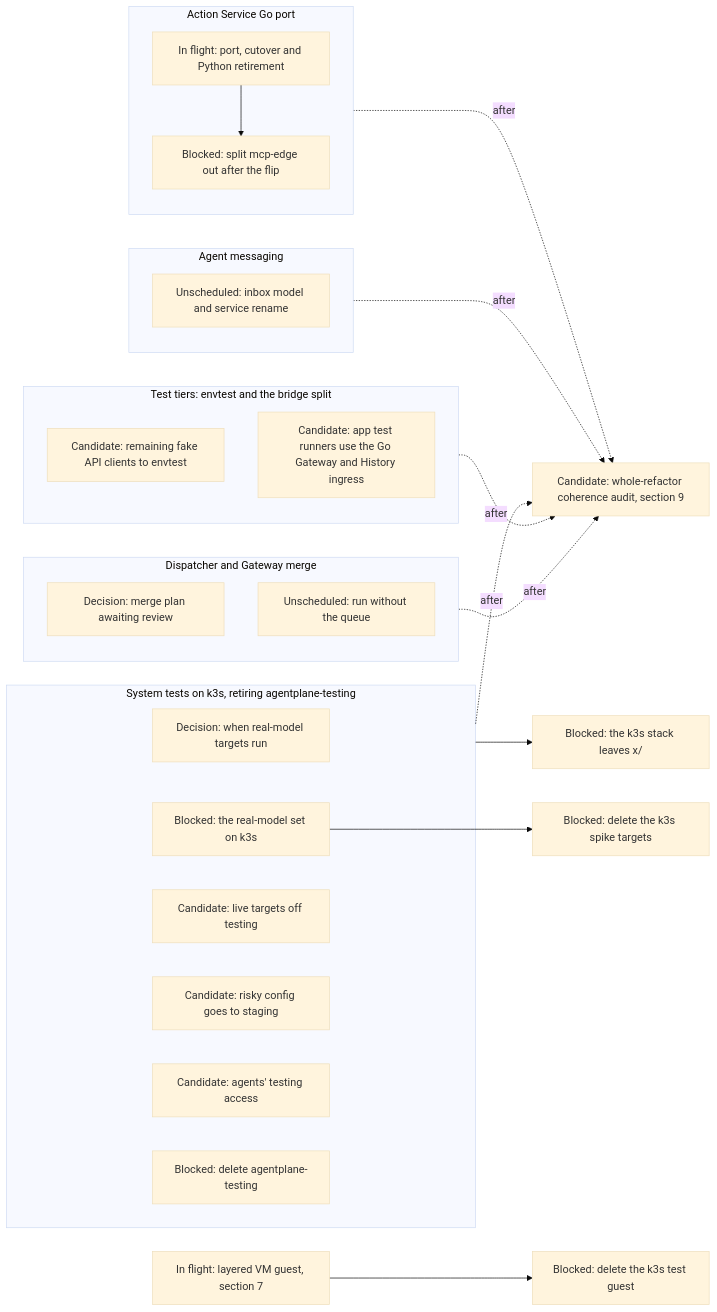
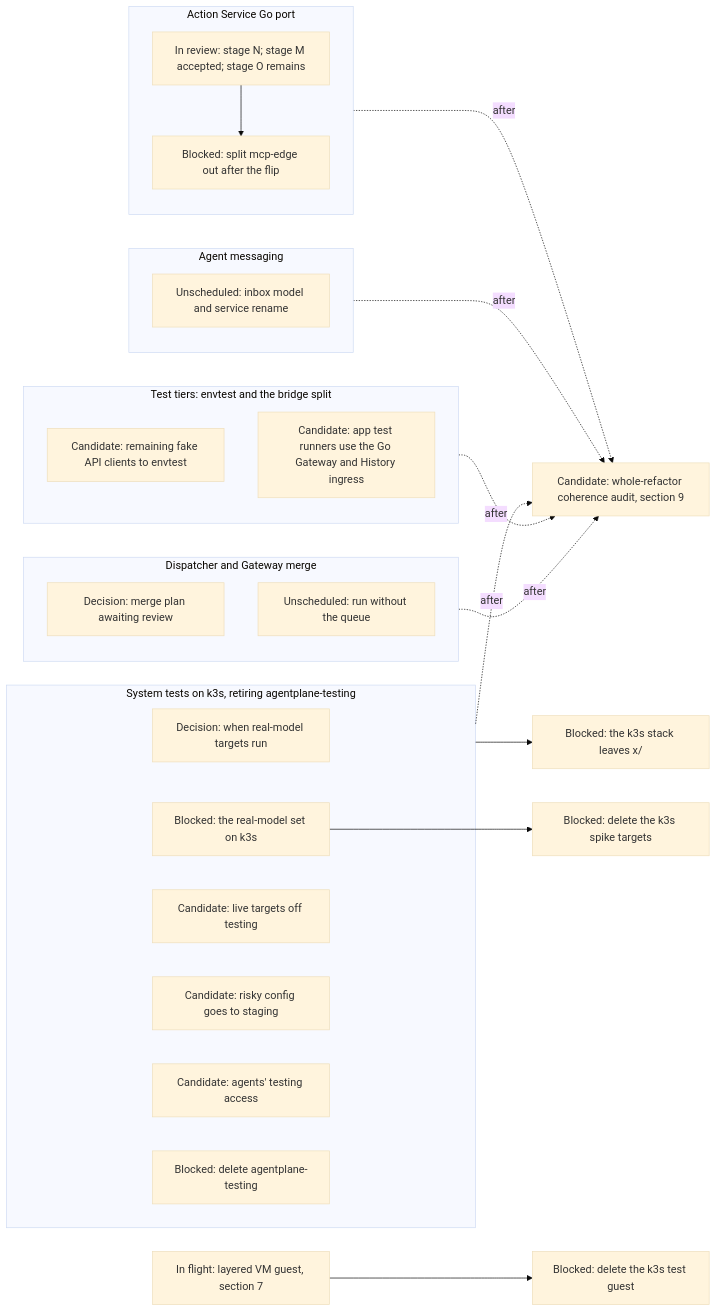
The first of 19 diagrams in agentplane/plans/task_dag.md (agentydragon-agent/ducktape), drawn with Mermaid (base theme) before and after one commit. The commit also changed other lines of this file and 7 other files, not shown here.

````diff
--- a/agentplane/plans/task_dag.md
+++ b/agentplane/plans/task_dag.md
@@ -29,35 +29,35 @@
 ```mermaid
 flowchart LR
     subgraph ACTION_TRACK[Action Service Go port]
-        ACTION_SERVICE_GO_PORT[In flight: port, cutover and Python retirement]
+        ACTION_SERVICE_GO_PORT[In review: stage N; stage M accepted; stage O remains]
         ACTION_MCP_EDGE_SPLIT[Blocked: split mcp-edge out after the flip]
     end
     subgraph MESSAGING_TRACK[Agent messaging]
         NOTIFICATION_SERVICE_SPLIT[Unscheduled: inbox model and service rename]
     end
     subgraph K3S_TRACK[System tests on k3s, retiring agentplane-testing]
         K3S_MODEL_CREDENTIALS[Decision: when real-model targets run]
         K3S_MODEL_SCENARIOS[Blocked: the real-model set on k3s]
         LIVE_TARGETS_OFF_TESTING[Candidate: live targets off testing]
         STAGING_FIRST_ROLLOUT[Candidate: risky config goes to staging]
         AGENT_TESTING_ACCESS_RETIRE[Candidate: agents' testing access]
         TESTING_ENVIRONMENT_RETIRE[Blocked: delete agentplane-testing]
     end
     subgraph TIER_TRACK[Test tiers: envtest and the bridge split]
         FAKE_CLIENTS_TO_ENVTEST[Candidate: remaining fake API clients to envtest]
         APP_TEST_RUNNER_FIXTURES_GO[Candidate: app test runners use the Go Gateway and History ingress]
     end
     subgraph DISPATCH_TRACK[Dispatcher and Gateway merge]
         DISPATCHER_PERSISTENCE_MODEL_DESIGN[Decision: merge plan awaiting review]
         DISPATCHER_QUEUE_OPTIONAL[Unscheduled: run without the queue]
     end
     ACTION_SERVICE_GO_PORT --> ACTION_MCP_EDGE_SPLIT
     K3S_TRACK --> K3S_ENV_OUT_OF_X[Blocked: the k3s stack leaves x/]
     K3S_MODEL_SCENARIOS --> K3S_SPIKE_TARGETS_RETIRE[Blocked: delete the k3s spike targets]
     RUNNER_LAYERING_VM[In flight: layered VM guest, section 7] --> K3S_TEST_GUEST_RETIRE[Blocked: delete the k3s test guest]
     ACTION_TRACK -. after .-> REFACTOR_COHERENCE_AUDIT[Candidate: whole-refactor coherence audit, section 9]
     MESSAGING_TRACK -. after .-> REFACTOR_COHERENCE_AUDIT
     K3S_TRACK -. after .-> REFACTOR_COHERENCE_AUDIT
     TIER_TRACK -. after .-> REFACTOR_COHERENCE_AUDIT
     DISPATCH_TRACK -. after .-> REFACTOR_COHERENCE_AUDIT
 ```
````
